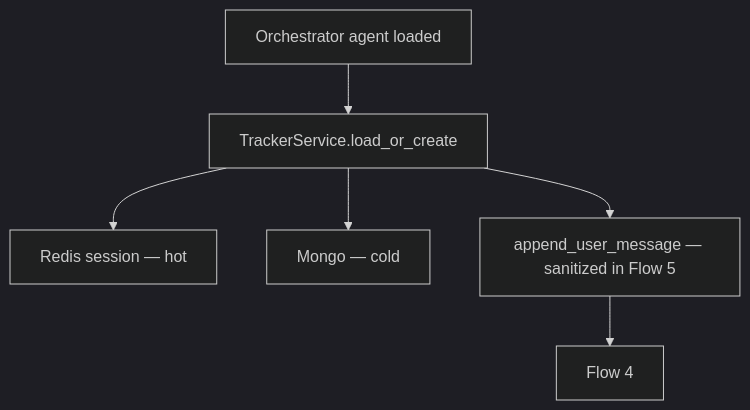
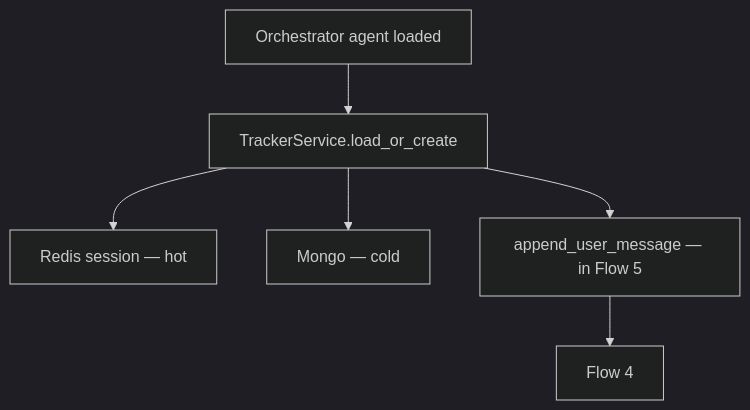
The fourth of 13 diagrams in backend/document/chat/01-chat-completion-diagrams.md (shehan-jayasinghe/bot-builder), drawn with Mermaid (dark theme) before and after one commit. The commit also changed other lines of this file and 59 other files, not shown here.

````diff
--- a/backend/document/chat/01-chat-completion-diagrams.md
+++ b/backend/document/chat/01-chat-completion-diagrams.md
@@ -146,9 +150,9 @@
 ```mermaid
 flowchart TB
     AGENT[Orchestrator agent loaded]
     AGENT --> TRK[TrackerService.load_or_create]
     TRK --> REDIS[Redis session — hot]
     TRK --> MONGO[Mongo — cold]
-    TRK --> APPEND[append_user_message — sanitized in Flow 5]
+    TRK --> APPEND[append_user_message — in Flow 5]
     APPEND --> F4[Flow 4]
 ```
````
